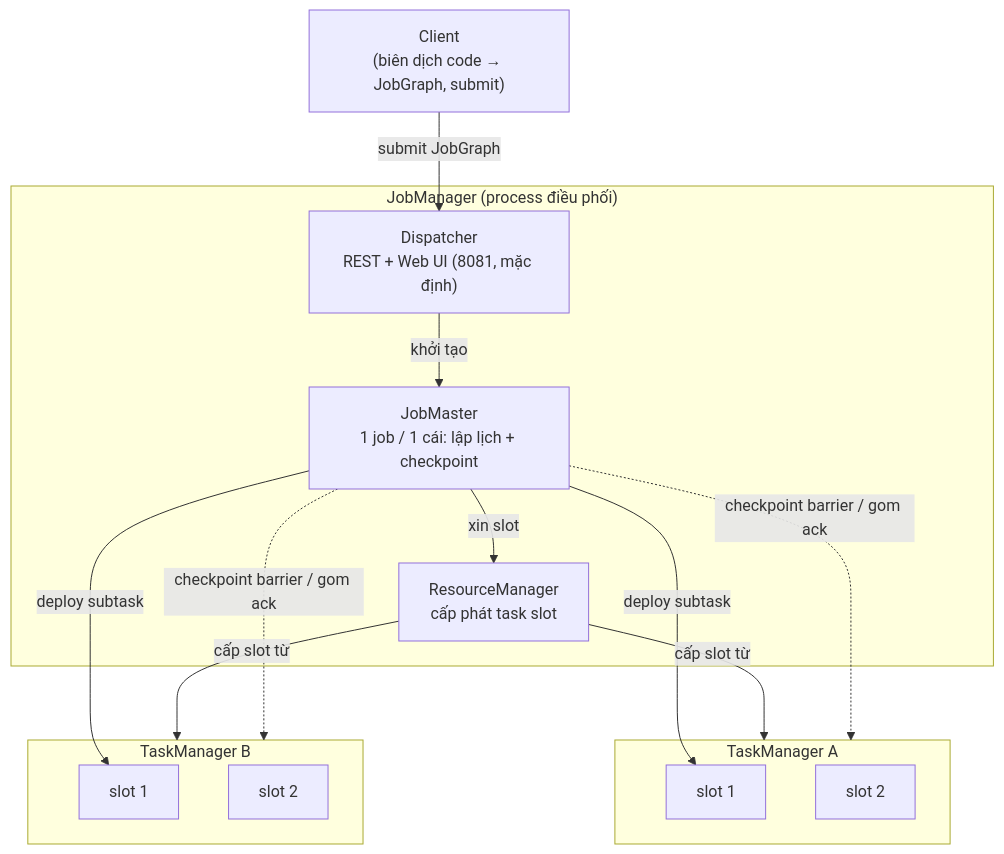
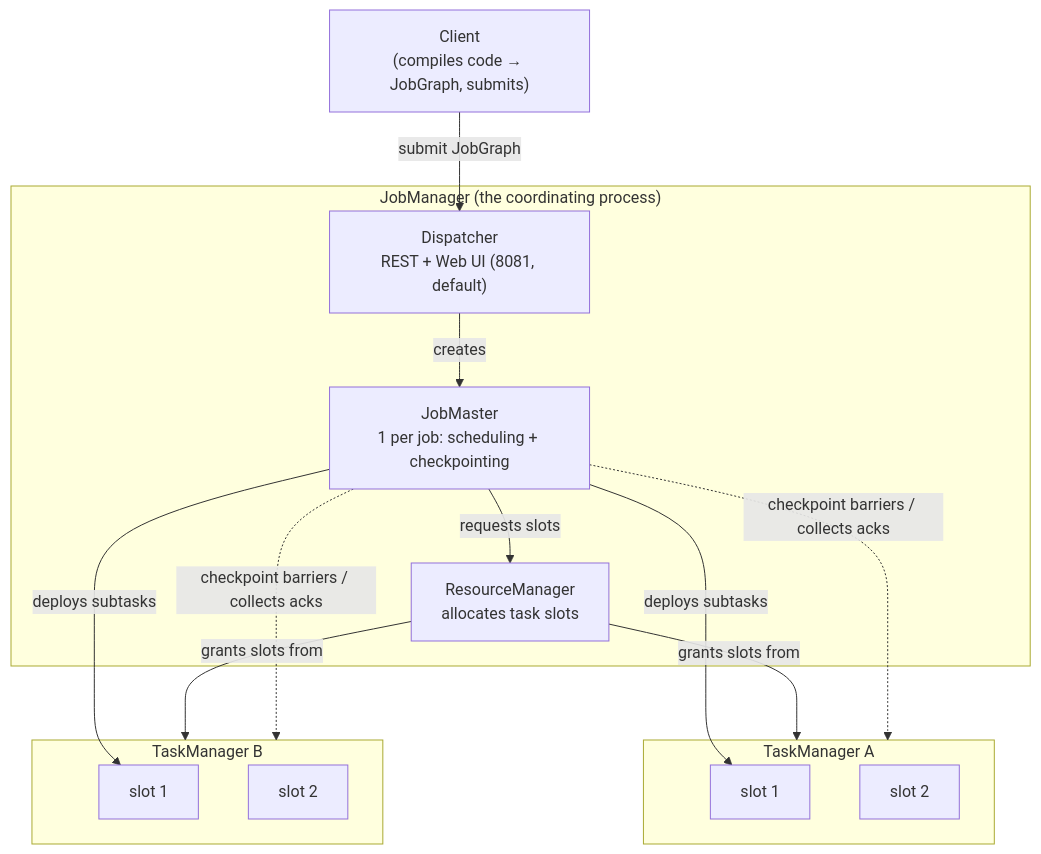
The diagram in i18n/en/docusaurus-plugin-content-docs/current/etl/flink/reference/architecture.md (vuhoang001/knowledge), drawn with Mermaid before and after one commit. The commit also changed other lines of this file and 21 other files, not shown here.

````diff
--- a/i18n/en/docusaurus-plugin-content-docs/current/etl/flink/reference/architecture.md
+++ b/i18n/en/docusaurus-plugin-content-docs/current/etl/flink/reference/architecture.md
@@ -28,26 +27,26 @@
 ```mermaid
 flowchart TB
-  Client["Client<br/>(biên dịch code → JobGraph, submit)"]
-  subgraph JM["JobManager (process điều phối)"]
-    Disp["Dispatcher<br/>REST + Web UI (8081, mặc định)"]
-    RM["ResourceManager<br/>cấp phát task slot"]
-    JMaster["JobMaster<br/>1 job / 1 cái: lập lịch + checkpoint"]
+  Client["Client<br/>(compiles code → JobGraph, submits)"]
+  subgraph JM["JobManager (the coordinating process)"]
+    Disp["Dispatcher<br/>REST + Web UI (8081, default)"]
+    RM["ResourceManager<br/>allocates task slots"]
+    JMaster["JobMaster<br/>1 per job: scheduling + checkpointing"]
   end
   subgraph TM1["TaskManager A"]
     s1["slot 1"]
     s2["slot 2"]
   end
   subgraph TM2["TaskManager B"]
     s3["slot 1"]
     s4["slot 2"]
   end
   Client -->|submit JobGraph| Disp
-  Disp -->|khởi tạo| JMaster
-  JMaster -->|xin slot| RM
-  RM -->|cấp slot từ| TM1
-  RM -->|cấp slot từ| TM2
-  JMaster -->|deploy subtask| s1
-  JMaster -->|deploy subtask| s3
-  JMaster -.->|checkpoint barrier / gom ack| TM1
-  JMaster -.->|checkpoint barrier / gom ack| TM2
+  Disp -->|creates| JMaster
+  JMaster -->|requests slots| RM
+  RM -->|grants slots from| TM1
+  RM -->|grants slots from| TM2
+  JMaster -->|deploys subtasks| s1
+  JMaster -->|deploys subtasks| s3
+  JMaster -.->|checkpoint barriers / collects acks| TM1
+  JMaster -.->|checkpoint barriers / collects acks| TM2
 ```
````
